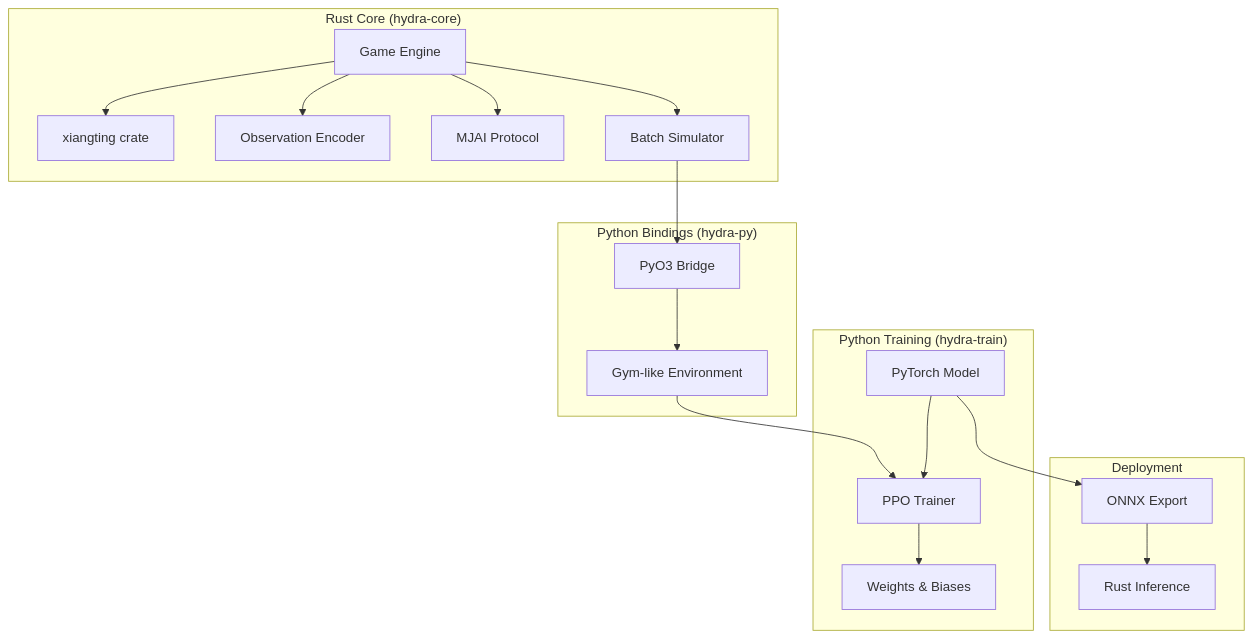
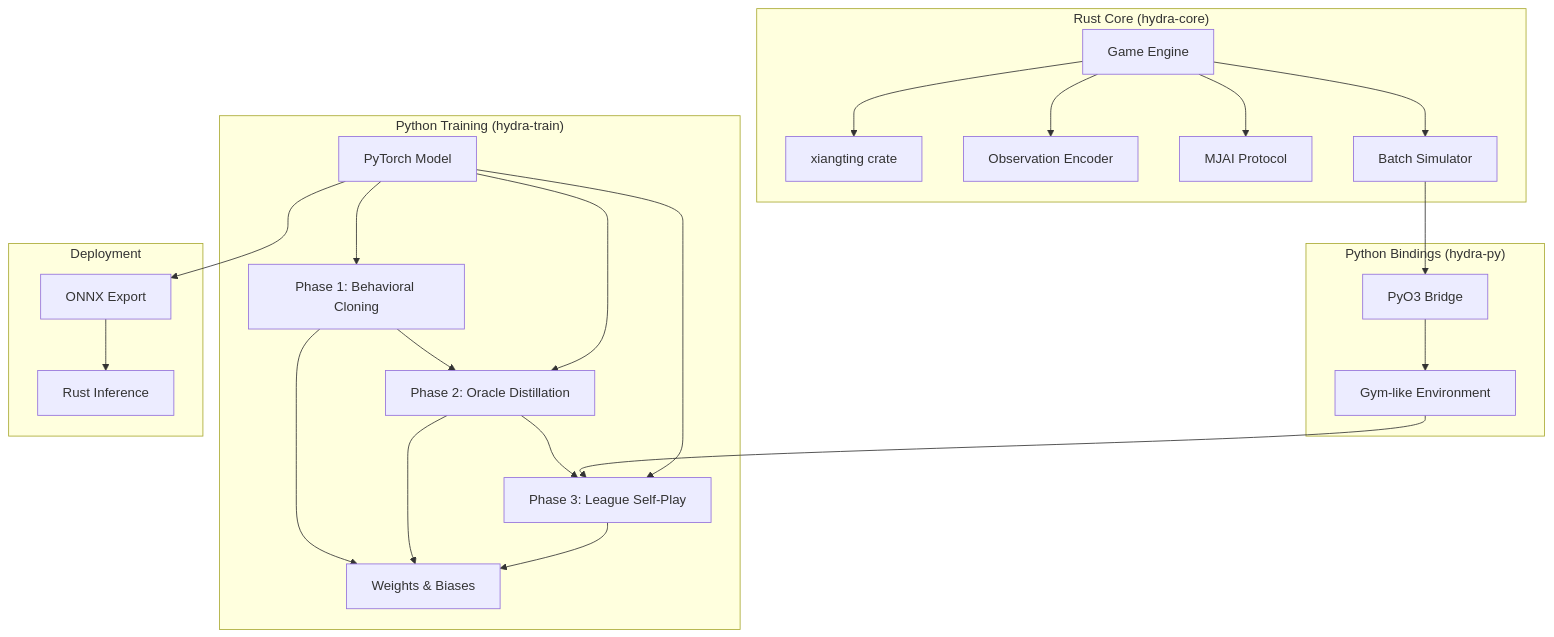
The first of 7 diagrams in research/INFRASTRUCTURE.md (NikkeTryHard/hydra), drawn with Mermaid before and after one commit. The commit also changed other lines of this file, not shown here.

First line of the commit message:
fix: expand training section with per-phase infrastructure specs

````diff
--- a/research/INFRASTRUCTURE.md
+++ b/research/INFRASTRUCTURE.md
@@ -11,38 +11,46 @@
 ```mermaid
 graph TB
     subgraph "Rust Core (hydra-core)"
         ENGINE[Game Engine]
         SHANTEN[xiangting crate]
         ENCODER[Observation Encoder]
         MJAI[MJAI Protocol]
         SIM[Batch Simulator]
     end
 
     subgraph "Python Bindings (hydra-py)"
         PYO3[PyO3 Bridge]
         ENV[Gym-like Environment]
     end
 
     subgraph "Python Training (hydra-train)"
         MODEL[PyTorch Model]
-        TRAINER[PPO Trainer]
+        P1[Phase 1: Behavioral Cloning]
+        P2[Phase 2: Oracle Distillation]
+        P3[Phase 3: League Self-Play]
         WANDB[Weights & Biases]
     end
 
     subgraph "Deployment"
         ONNX[ONNX Export]
         INFER[Rust Inference]
     end
 
     ENGINE --> SHANTEN
     ENGINE --> ENCODER
     ENGINE --> MJAI
     ENGINE --> SIM
     SIM --> PYO3
     PYO3 --> ENV
-    ENV --> TRAINER
-    MODEL --> TRAINER
-    TRAINER --> WANDB
+    P1 --> P2
+    P2 --> P3
+    ENV --> P3
+    MODEL --> P1
+    MODEL --> P2
+    MODEL --> P3
+    P1 --> WANDB
+    P2 --> WANDB
+    P3 --> WANDB
     MODEL --> ONNX
     ONNX --> INFER
 ```
````
